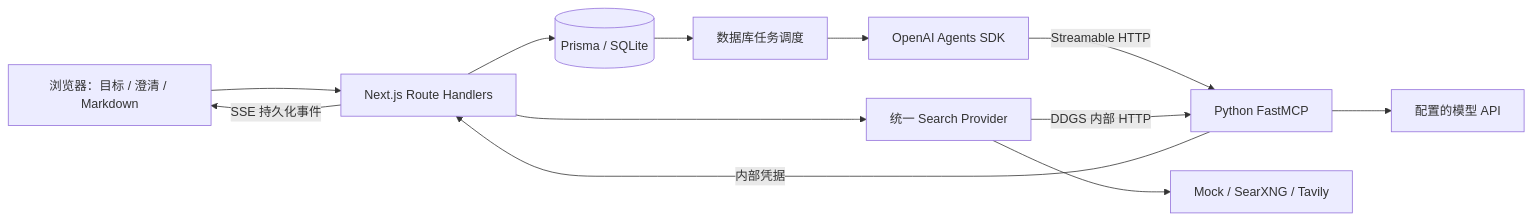
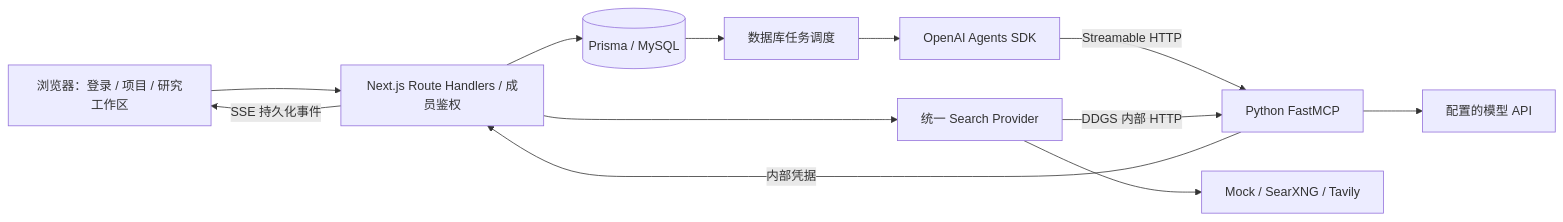
One commit to Dmool-wyzy/ScenarioForge changed the diagram in README.md. Above: the diagram before and after it, drawn with Mermaid. The commit also changed other lines of this file and 209 other files, not shown here.

````diff
--- a/README.md
+++ b/README.md
@@ -266,14 +347,14 @@
 ```mermaid
 flowchart LR
-    U[浏览器：目标 / 澄清 / Markdown] --> API[Next.js Route Handlers]
-    API --> DB[(Prisma / SQLite)]
+    U[浏览器：登录 / 项目 / 研究工作区] --> API[Next.js Route Handlers / 成员鉴权]
+    API --> DB[(Prisma / MySQL)]
     DB --> W[数据库任务调度]
     W --> A[OpenAI Agents SDK]
     A -->|Streamable HTTP| M[Python FastMCP]
     M --> L[配置的模型 API]
     API --> S[统一 Search Provider]
     S --> T[Mock / SearXNG / Tavily]
     S -->|DDGS 内部 HTTP| M
     M -->|内部凭据| API
     API -->|SSE 持久化事件| U
 ```
````
